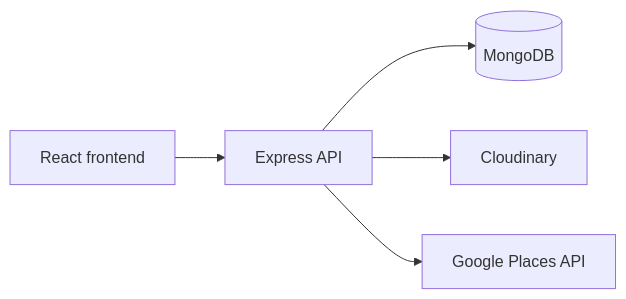
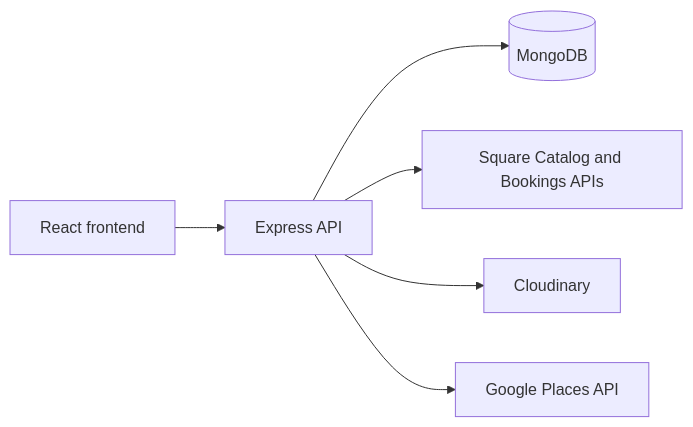
The diagram in README.md (kamalthapa1997/browandlashbar), drawn with Mermaid before and after one commit. The commit also changed other lines of this file and 101 other files, not shown here.

````diff
--- a/README.md
+++ b/README.md
@@ -68,7 +67,8 @@
 ```mermaid
 flowchart LR
   Browser[React frontend] --> API[Express API]
   API --> DB[(MongoDB)]
+  API --> Square[Square Catalog and Bookings APIs]
   API --> Cloudinary[Cloudinary]
   API --> Google[Google Places API]
 ```
````
